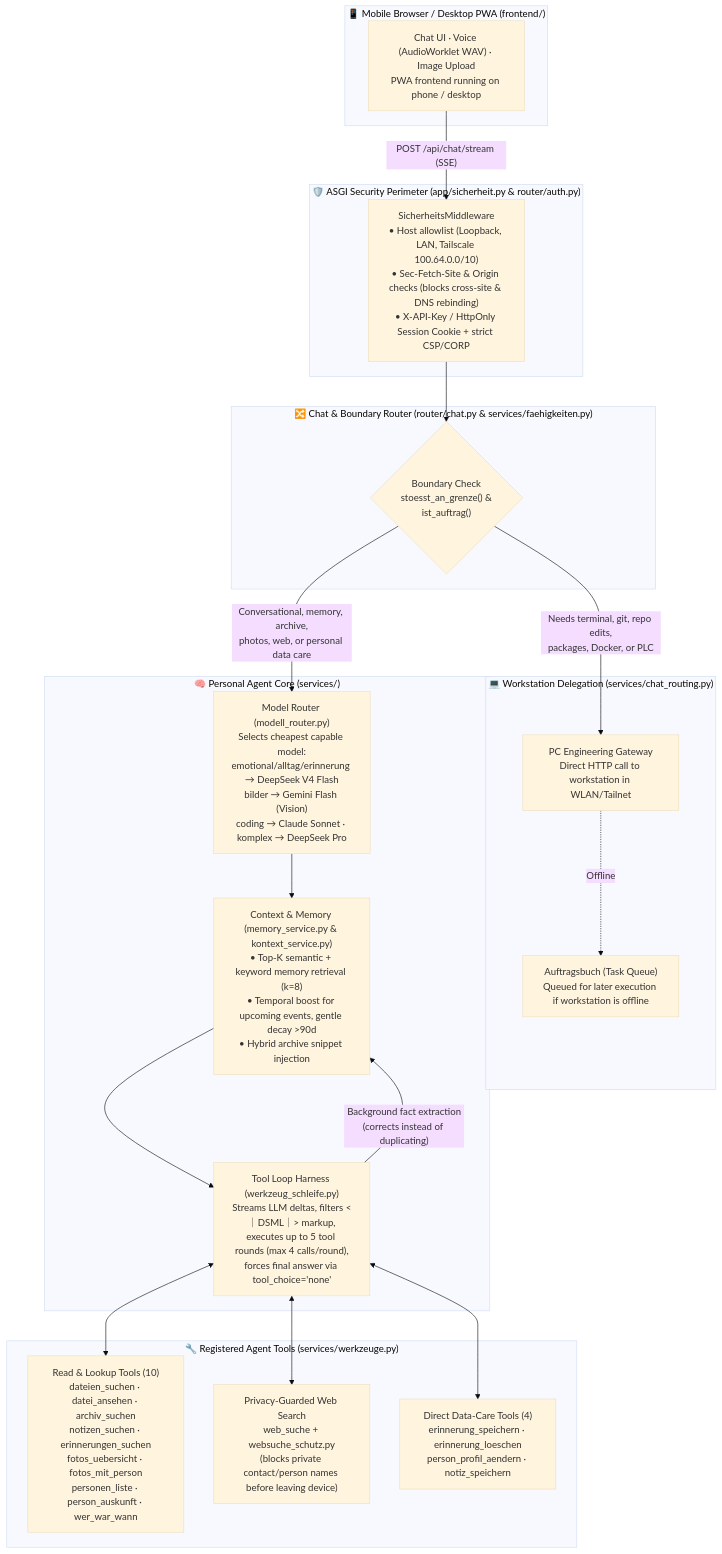
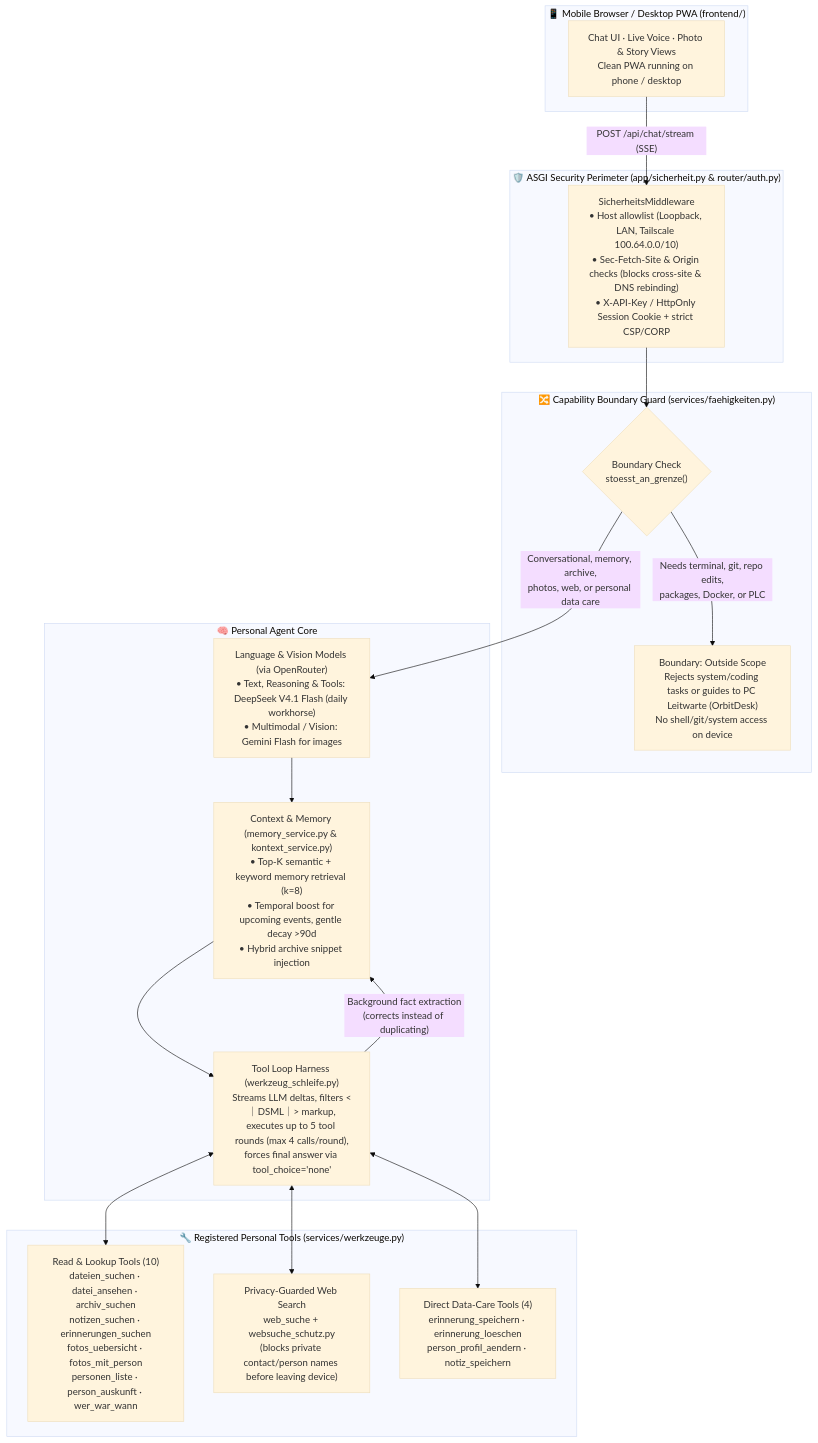
Before and after one commit to HeartledAgentEngineer/agentic-ai-software-engineering: the diagram in projects/personal-ai-agent/README.md, drawn with Mermaid (base theme). The commit also changed other lines of this file and 1 other file, not shown here.

Commit message:
Clarify Personal AI Agent pipeline: remove obsolete delegation box from diagram and reflect pragmatic DeepSeek V4.1 Flash and Gemini model usage

````diff
--- a/projects/personal-ai-agent/README.md
+++ b/projects/personal-ai-agent/README.md
@@ -26,43 +26,38 @@
 ```mermaid
 flowchart TB
     subgraph Client["📱 Mobile Browser / Desktop PWA (frontend/)"]
-        UI["Chat UI · Voice (AudioWorklet WAV) · Image Upload\nPWA frontend running on phone / desktop"]
+        UI["Chat UI · Live Voice · Photo & Story Views\nClean PWA running on phone / desktop"]
     end
 
     subgraph Security["🛡️ ASGI Security Perimeter (app/sicherheit.py & router/auth.py)"]
         SecMW["SicherheitsMiddleware\n• Host allowlist (Loopback, LAN, Tailscale 100.64.0.0/10)\n• Sec-Fetch-Site & Origin checks (blocks cross-site & DNS rebinding)\n• X-API-Key / HttpOnly Session Cookie + strict CSP/CORP"]
     end
 
-    subgraph Router["🔀 Chat & Boundary Router (router/chat.py & services/faehigkeiten.py)"]
-        Boundary{"Boundary Check\nstoesst_an_grenze() &\nist_auftrag()"}
+    subgraph Router["🔀 Capability Boundary Guard (services/faehigkeiten.py)"]
+        Boundary{"Boundary Check\nstoesst_an_grenze()"}
+        BoundaryOut["Boundary: Outside Scope\nRejects system/coding tasks or guides to PC Leitwarte (OrbitDesk)\nNo shell/git/system access on device"]
     end
 
-    subgraph Workstation["💻 Workstation Delegation (services/chat_routing.py)"]
-        PC["PC Engineering Gateway\nDirect HTTP call to workstation in WLAN/Tailnet"]
-        Queue["Auftragsbuch (Task Queue)\nQueued for later execution if workstation is offline"]
-        PC -.->|Offline| Queue
-    end
-
-    subgraph AgentCore["🧠 Personal Agent Core (services/)"]
-        ModRouter["Model Router (modell_router.py)\nSelects cheapest capable model:\nemotional/alltag/erinnerung → DeepSeek V4 Flash\nbilder → Gemini Flash (Vision)\ncoding → Claude Sonnet · komplex → DeepSeek Pro"]
+    subgraph AgentCore["🧠 Personal Agent Core"]
+        Model["Language & Vision Models (via OpenRouter)\n• Text, Reasoning & Tools: DeepSeek V4.1 Flash (daily workhorse)\n• Multimodal / Vision: Gemini Flash for images"]
         Context["Context & Memory (memory_service.py & kontext_service.py)\n• Top-K semantic + keyword memory retrieval (k=8)\n• Temporal boost for upcoming events, gentle decay >90d\n• Hybrid archive snippet injection"]
         ToolLoop["Tool Loop Harness (werkzeug_schleife.py)\nStreams LLM deltas, filters <｜DSML｜> markup,\nexecutes up to 5 tool rounds (max 4 calls/round),\nforces final answer via tool_choice='none'"]
     end
 
-    subgraph Tools["🔧 Registered Agent Tools (services/werkzeuge.py)"]
+    subgraph Tools["🔧 Registered Personal Tools (services/werkzeuge.py)"]
         ReadTools["Read & Lookup Tools (10)\ndateien_suchen · datei_ansehen · archiv_suchen\nnotizen_suchen · erinnerungen_suchen\nfotos_uebersicht · fotos_mit_person\npersonen_liste · person_auskunft · wer_war_wann"]
         WebTool["Privacy-Guarded Web Search\nweb_suche + websuche_schutz.py\n(blocks private contact/person names before leaving device)"]
         WriteTools["Direct Data-Care Tools (4)\nerinnerung_speichern · erinnerung_loeschen\nperson_profil_aendern · notiz_speichern"]
     end
 
     UI -->|"POST /api/chat/stream (SSE)"| SecMW
     SecMW --> Boundary
-    Boundary -->|"Needs terminal, git, repo edits,\npackages, Docker, or PLC"| PC
-    Boundary -->|"Conversational, memory, archive,\nphotos, web, or personal data care"| ModRouter
-    ModRouter --> Context
+    Boundary -->|"Needs terminal, git, repo edits,\npackages, Docker, or PLC"| BoundaryOut
+    Boundary -->|"Conversational, memory, archive,\nphotos, web, or personal data care"| Model
+    Model --> Context
     Context --> ToolLoop
     ToolLoop <--> ReadTools
     ToolLoop <--> WebTool
     ToolLoop <--> WriteTools
     ToolLoop -->|"Background fact extraction\n(corrects instead of duplicating)"| Context
 ```
````
